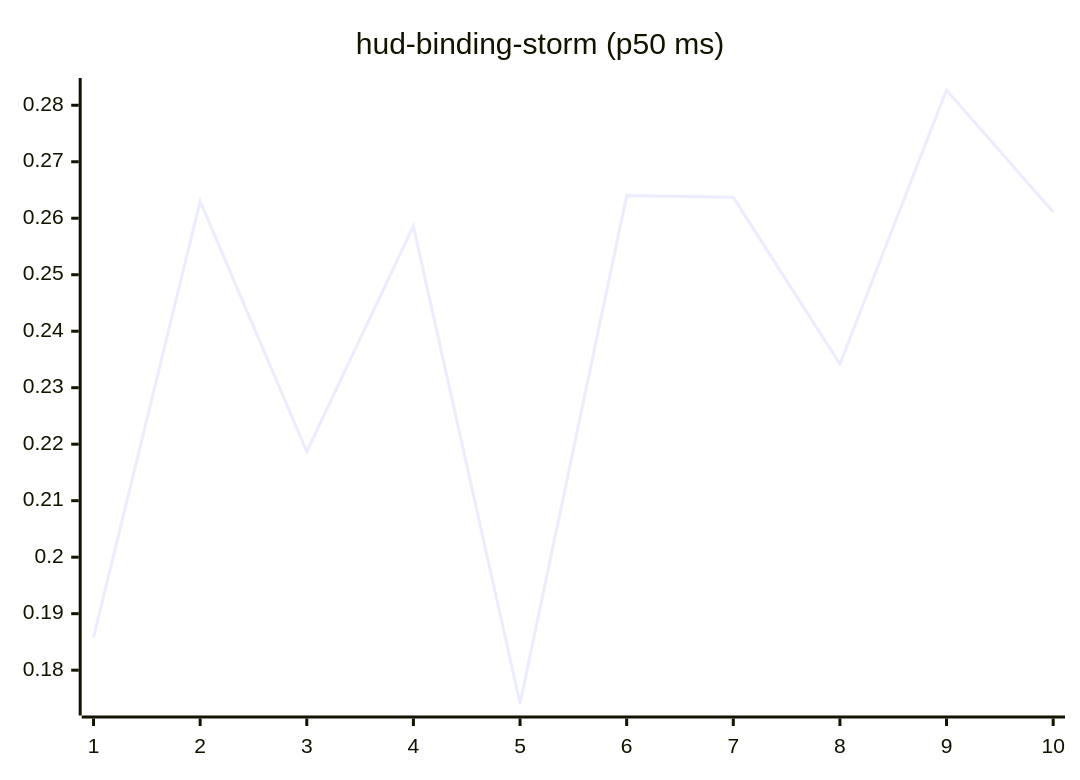
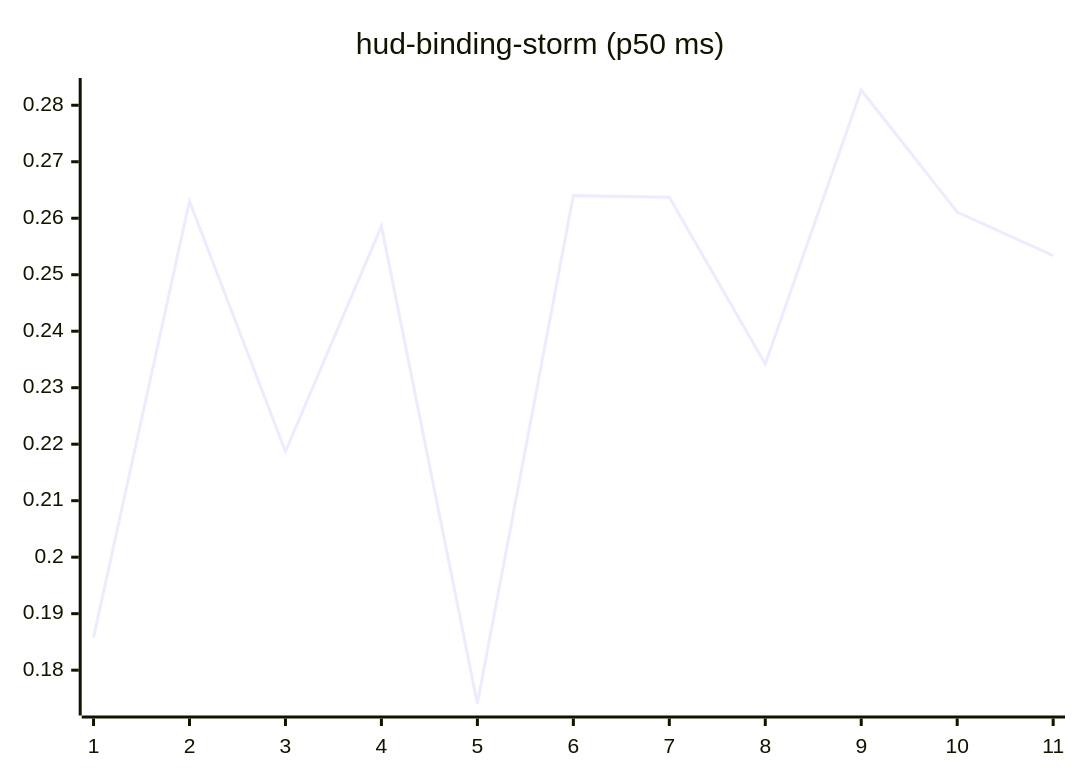
The tenth of 27 diagrams in README.md (josha/Facet), drawn with Mermaid before and after one commit. The commit also changed other lines of this file and 2 other files, not shown here.

````diff
--- a/README.md
+++ b/README.md
@@ -126,6 +126,6 @@
 ```mermaid
 xychart-beta
     title "hud-binding-storm (p50 ms)"
-    x-axis 1 --> 10
-    line [0.1858, 0.2630, 0.2187, 0.2586, 0.1741, 0.2640, 0.2637, 0.2342, 0.2827, 0.2611]
+    x-axis 1 --> 11
+    line [0.1858, 0.2630, 0.2187, 0.2586, 0.1741, 0.2640, 0.2637, 0.2342, 0.2827, 0.2611, 0.2534]
 ```
````
